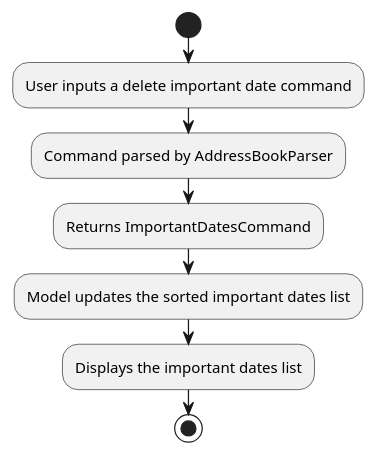
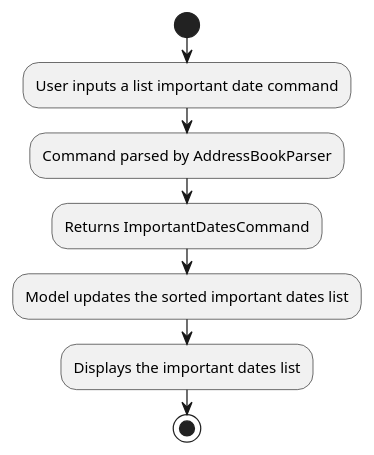
The diagram in docs/diagrams/ListImportantDatesActivityDiagram.puml (nus-cs2103-AY2021S2/tp), drawn with PlantUML before and after one commit. The commit also changed 15 other files, not shown here.

```diff
--- a/docs/diagrams/ListImportantDatesActivityDiagram.puml
+++ b/docs/diagrams/ListImportantDatesActivityDiagram.puml
@@ -1,12 +1,12 @@
 @startuml
 'https://plantuml.com/activity-diagram-beta
 
 start
-:User inputs a delete important date command;
+:User inputs a list important date command;
 :Command parsed by AddressBookParser;
 :Returns ImportantDatesCommand;
 :Model updates the sorted important dates list;
 :Displays the important dates list;
 stop
 
 @enduml
```
